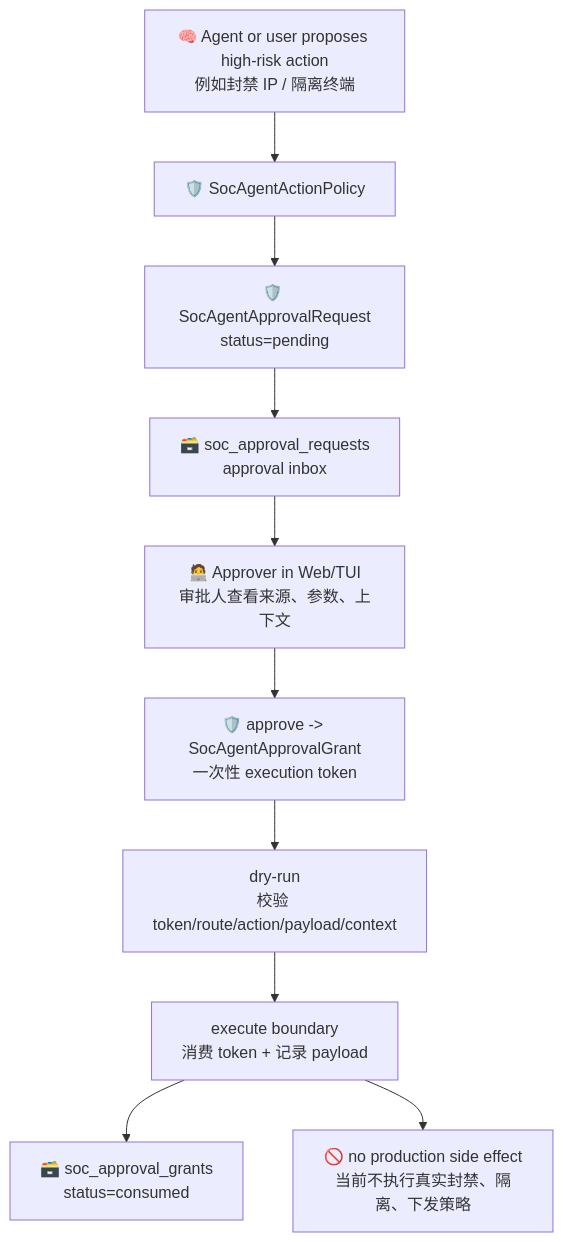
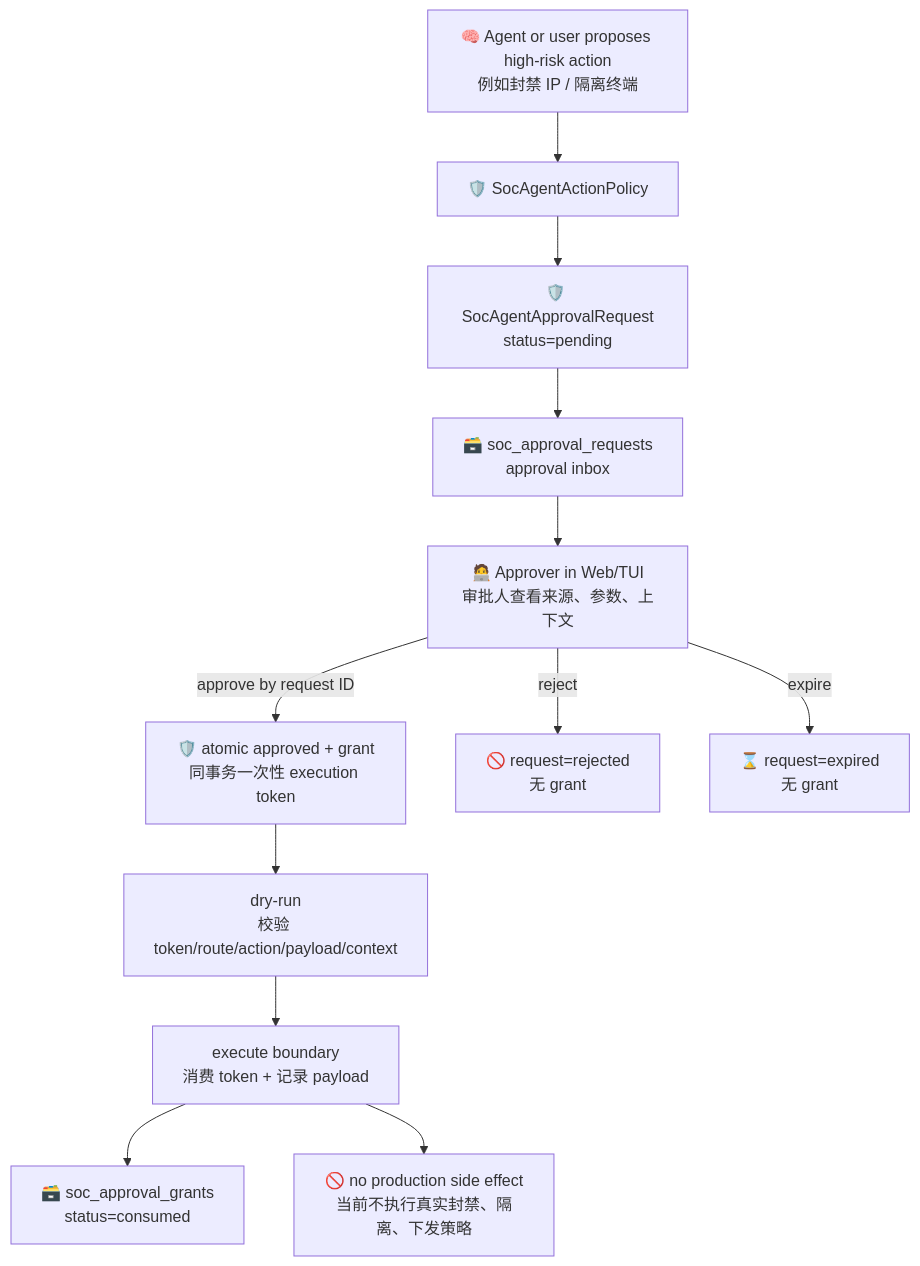
Before and after one commit to yydspanda/deer-flow: diagram 11 of 20 in .notes/ai_soc/alert-lifecycle-flow.md, drawn with Mermaid. The commit also changed other lines of this file and 50 other files, not shown here.

Commit message:
feat(soc): harden approval lifecycle and l3 authorization

````diff
--- a/.notes/ai_soc/alert-lifecycle-flow.md
+++ b/.notes/ai_soc/alert-lifecycle-flow.md
@@ -480,12 +480,14 @@
 ```mermaid
 flowchart TD
     A["🧠 Agent or user proposes high-risk action<br/>例如封禁 IP / 隔离终端"] --> B["🛡️ SocAgentActionPolicy"]
     B --> C["🛡️ SocAgentApprovalRequest<br/>status=pending"]
     C --> D["🗃️ soc_approval_requests<br/>approval inbox"]
     D --> E["🧑‍💻 Approver in Web/TUI<br/>审批人查看来源、参数、上下文"]
-    E --> F["🛡️ approve -> SocAgentApprovalGrant<br/>一次性 execution token"]
+    E -->|"approve by request ID"| F["🛡️ atomic approved + grant<br/>同事务一次性 execution token"]
+    E -->|reject| R["🚫 request=rejected<br/>无 grant"]
+    E -->|expire| X["⌛ request=expired<br/>无 grant"]
     F --> G["dry-run<br/>校验 token/route/action/payload/context"]
     G --> H["execute boundary<br/>消费 token + 记录 payload"]
     H --> I["🗃️ soc_approval_grants<br/>status=consumed"]
     H --> J["🚫 no production side effect<br/>当前不执行真实封禁、隔离、下发策略"]
 ```
````
